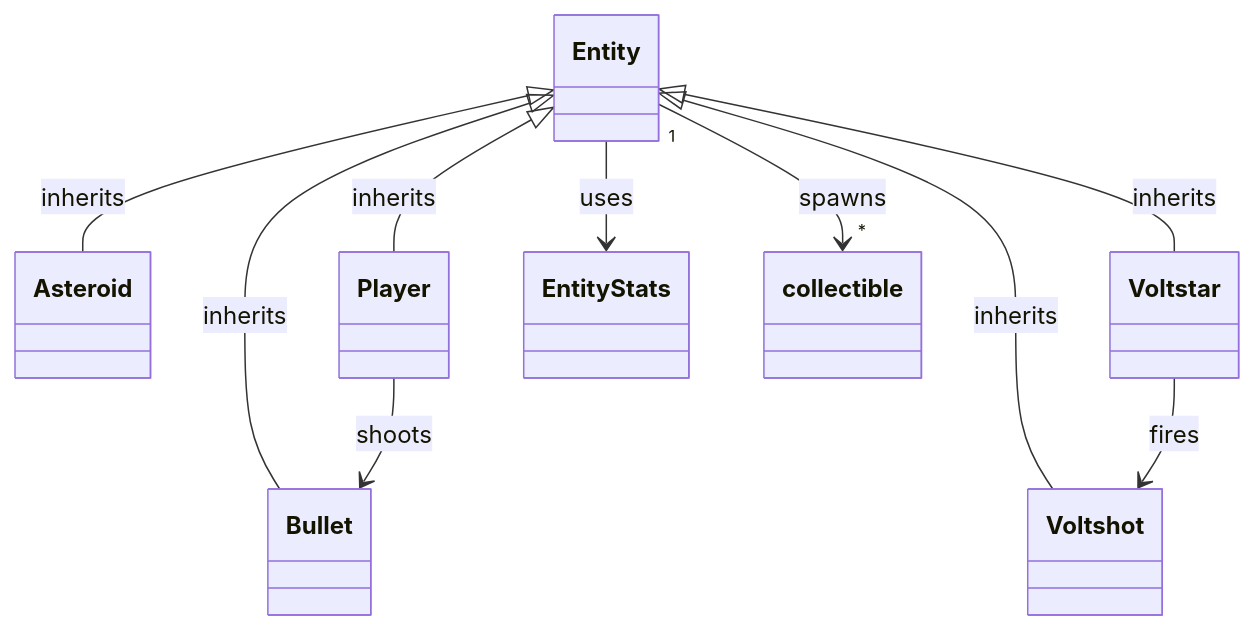
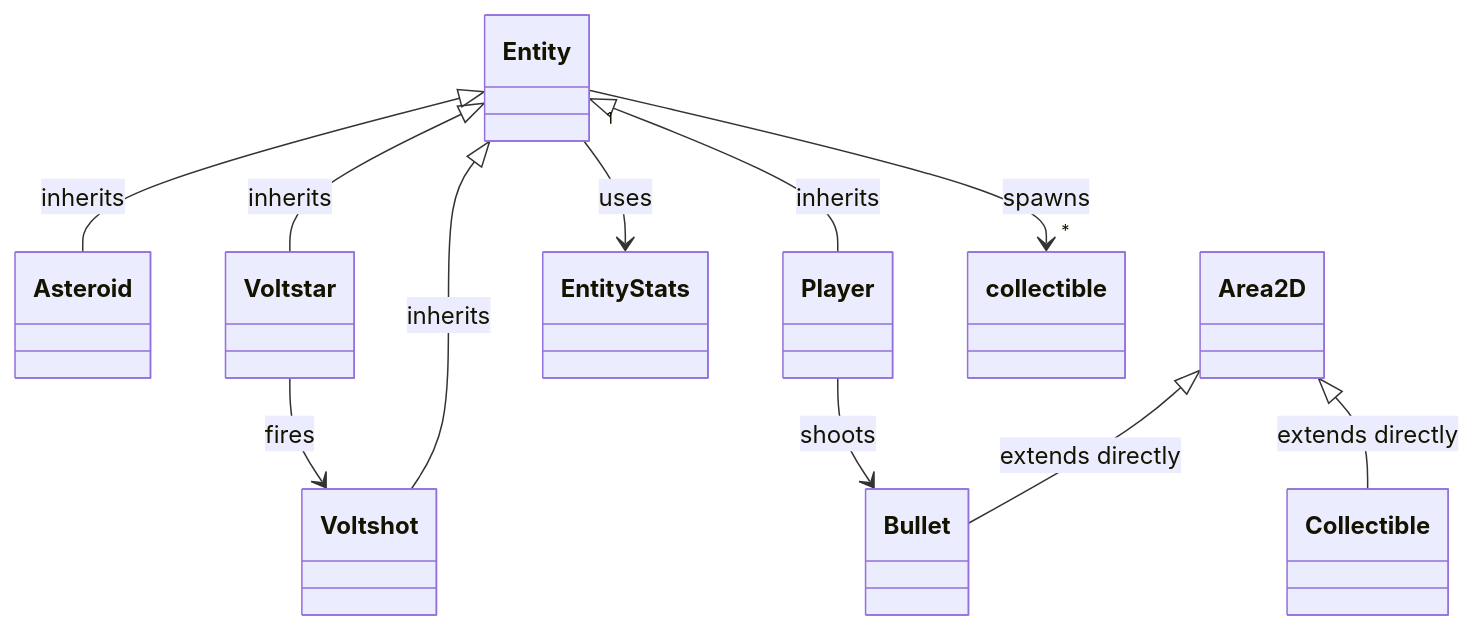
The diagram in docs/architecture.md (safwan-ds/AstroDodge), drawn with Mermaid before and after one commit. The commit also changed other lines of this file and 10 other files, not shown here.

````diff
--- a/docs/architecture.md
+++ b/docs/architecture.md
@@ -81,12 +84,13 @@
 ```mermaid
 classDiagram
     Entity <|-- Asteroid : inherits
     Entity <|-- Player : inherits
-    Entity <|-- Bullet : inherits
     Entity <|-- Voltstar : inherits
     Entity <|-- Voltshot : inherits
     Entity --> EntityStats : uses
+    Area2D <|-- Bullet : extends directly
+    Area2D <|-- Collectible : extends directly
     Player --> Bullet : shoots
     Voltstar --> Voltshot : fires
     Entity "1" --> "*" collectible : spawns
 ```
````
